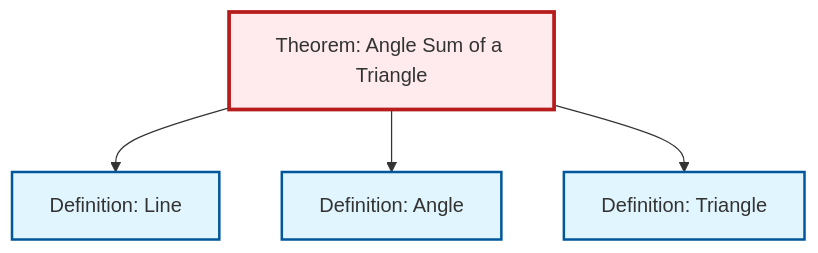
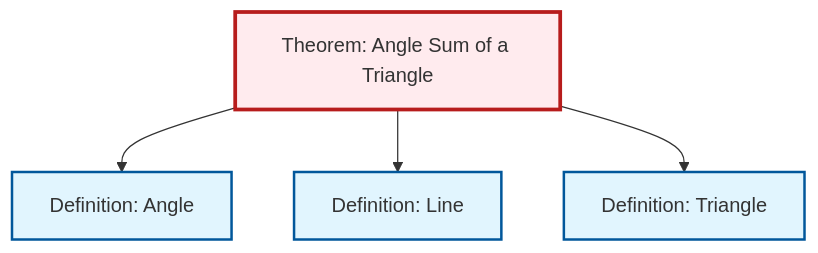
The diagram in content/ja/geometry/thm-angle-sum-triangle.qmd (RK0429/ModernMath), drawn with Mermaid before and after one commit. The commit also changed other lines of this file and 634 other files, not shown here.

````diff
--- a/content/ja/geometry/thm-angle-sum-triangle.qmd
+++ b/content/ja/geometry/thm-angle-sum-triangle.qmd
@@ -58,20 +58,20 @@
 ```{mermaid}
 %%| fig-cap: "Local dependency graph"
 graph TD
     classDef definition fill:#e1f5fe,stroke:#01579b,stroke-width:2px
     classDef theorem fill:#f3e5f5,stroke:#4a148c,stroke-width:2px
     classDef axiom fill:#fff3e0,stroke:#e65100,stroke-width:2px
     classDef example fill:#e8f5e9,stroke:#1b5e20,stroke-width:2px
     classDef current fill:#ffebee,stroke:#b71c1c,stroke-width:3px
+    def-triangle["Definition: Triangle"]:::definition
+    def-line["Definition: Line"]:::definition
     thm-angle-sum-triangle["Theorem: Angle Sum of a Triangle"]:::theorem
-    def-line["Definition: Line"]:::definition
     def-angle["Definition: Angle"]:::definition
-    def-triangle["Definition: Triangle"]:::definition
+    thm-angle-sum-triangle --> def-angle
     thm-angle-sum-triangle --> def-line
-    thm-angle-sum-triangle --> def-angle
     thm-angle-sum-triangle --> def-triangle
     class thm-angle-sum-triangle current
+    click def-triangle "def-triangle.html" "Definition: Triangleへ"
     click def-line "def-line.html" "Definition: Lineへ"
     click def-angle "def-angle.html" "Definition: Angleへ"
-    click def-triangle "def-triangle.html" "Definition: Triangleへ"
 ```
````
